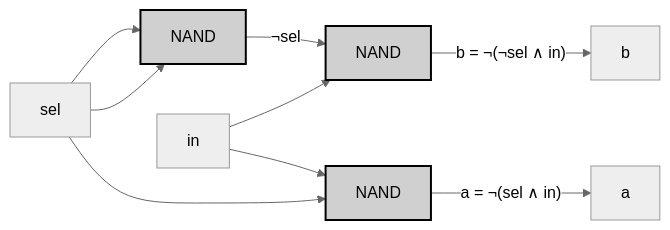
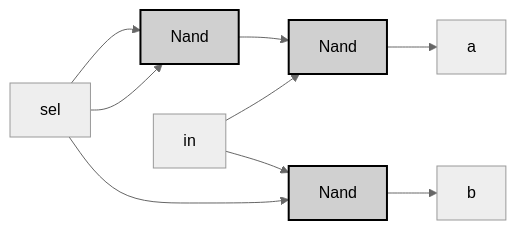
Before and after one commit to MeJamoLeo/Vault_Templates: the second of 2 diagrams in 99_Projects/Nand2Tetris/HackHDL/06_DMux.md, drawn with Mermaid (neutral theme). The commit also changed other lines of this file, not shown here.

Commit message:
vault backup: 2025-03-12 02:41:50

````diff
--- a/99_Projects/Nand2Tetris/HackHDL/06_DMux.md
+++ b/99_Projects/Nand2Tetris/HackHDL/06_DMux.md
@@ -125,13 +125,13 @@
 ```mermaid
-graph LR
-    sel["sel"] --> NAND1[NAND]:::gate
-    sel --> NAND1
-    NAND1 -->|"¬sel"| NAND3[NAND]:::gate
-    in["in"] --> NAND2[NAND]:::gate
-    in --> NAND3
-    sel --> NAND2
-    NAND2 -->|"a = ¬(sel ∧ in)"| a["a"]
-    NAND3 -->|"b = ¬(¬sel ∧ in)"| b["b"]
+graph LR;
+    sel["sel"] --> Nand1["Nand"]:::gate;
+    sel --> Nand1;
+    Nand1 --> Nand2["Nand"]:::gate;
+    in["in"] --> Nand2;
+    Nand2 --> a["a"];
+    in --> Nand3["Nand"]:::gate;
+    sel --> Nand3;
+    Nand3 --> b["b"];
     
     classDef gate fill:#d0d0d0,stroke:#000,stroke-width:2px;
 ```
````
